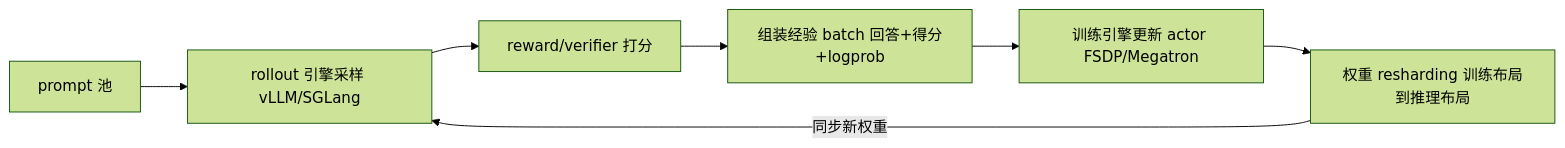
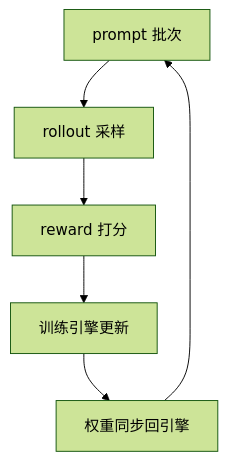
One commit to ChaoyuWang04/MockInterview changed the diagram in knowledge/04-Infra/02-框架与引擎/RL框架对比.md. Above: the diagram before and after it, drawn with Mermaid (forest theme). The commit also changed other lines of this file and 12 other files, not shown here.

````diff
--- a/knowledge/04-Infra/02-框架与引擎/RL框架对比.md
+++ b/knowledge/04-Infra/02-框架与引擎/RL框架对比.md
@@ -55,9 +15,8 @@
 ```mermaid
-flowchart LR
-    A[prompt 池] --> B[rollout 引擎采样 vLLM/SGLang]
-    B --> C[reward/verifier 打分]
-    C --> D[组装经验 batch 回答+得分+logprob]
-    D --> E[训练引擎更新 actor FSDP/Megatron]
-    E --> F[权重 resharding 训练布局到推理布局]
-    F -->|同步新权重| B
+flowchart TD
+    A["prompt 批次"] --> B["rollout 采样"]
+    B --> C["reward 打分"]
+    C --> D["训练引擎更新"]
+    D --> E["权重同步回引擎"]
+    E --> A
 ```
````
